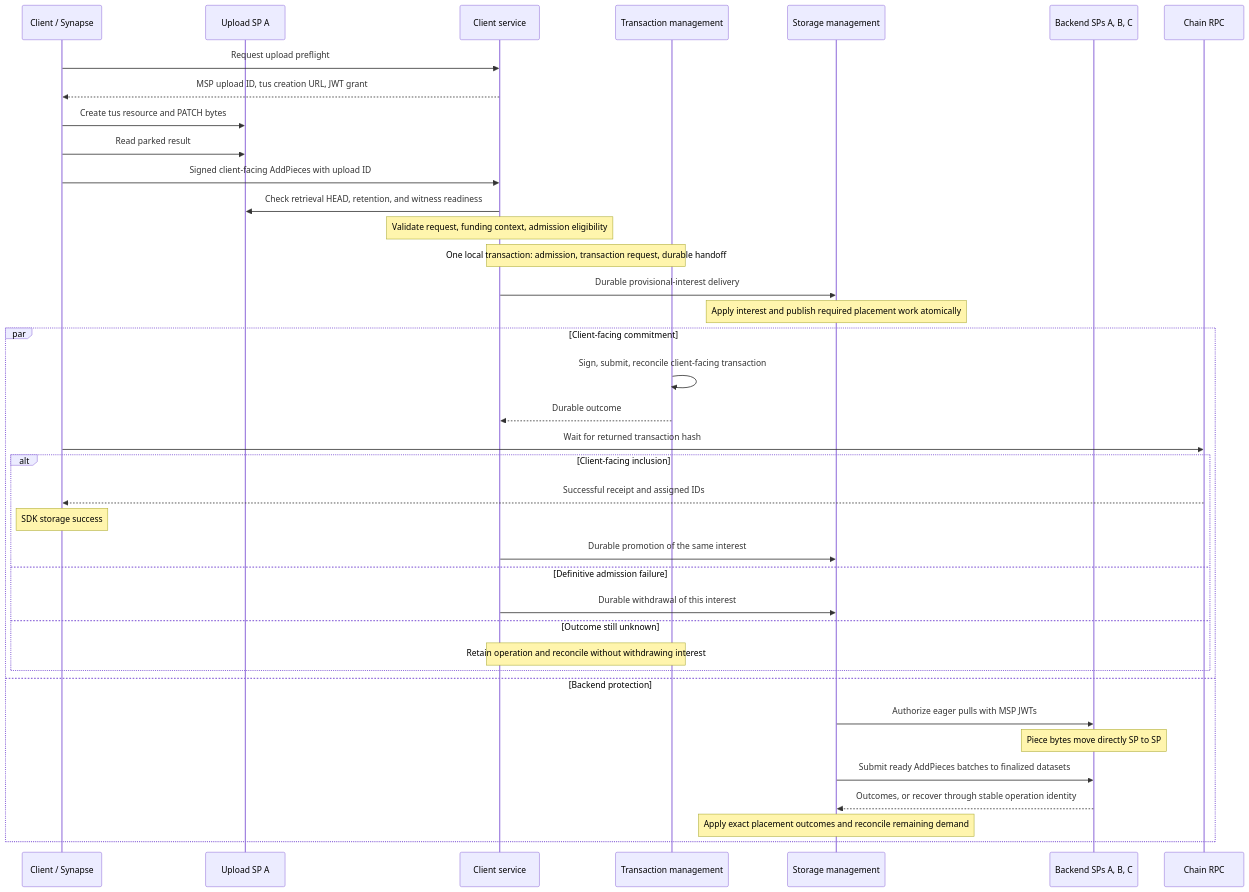
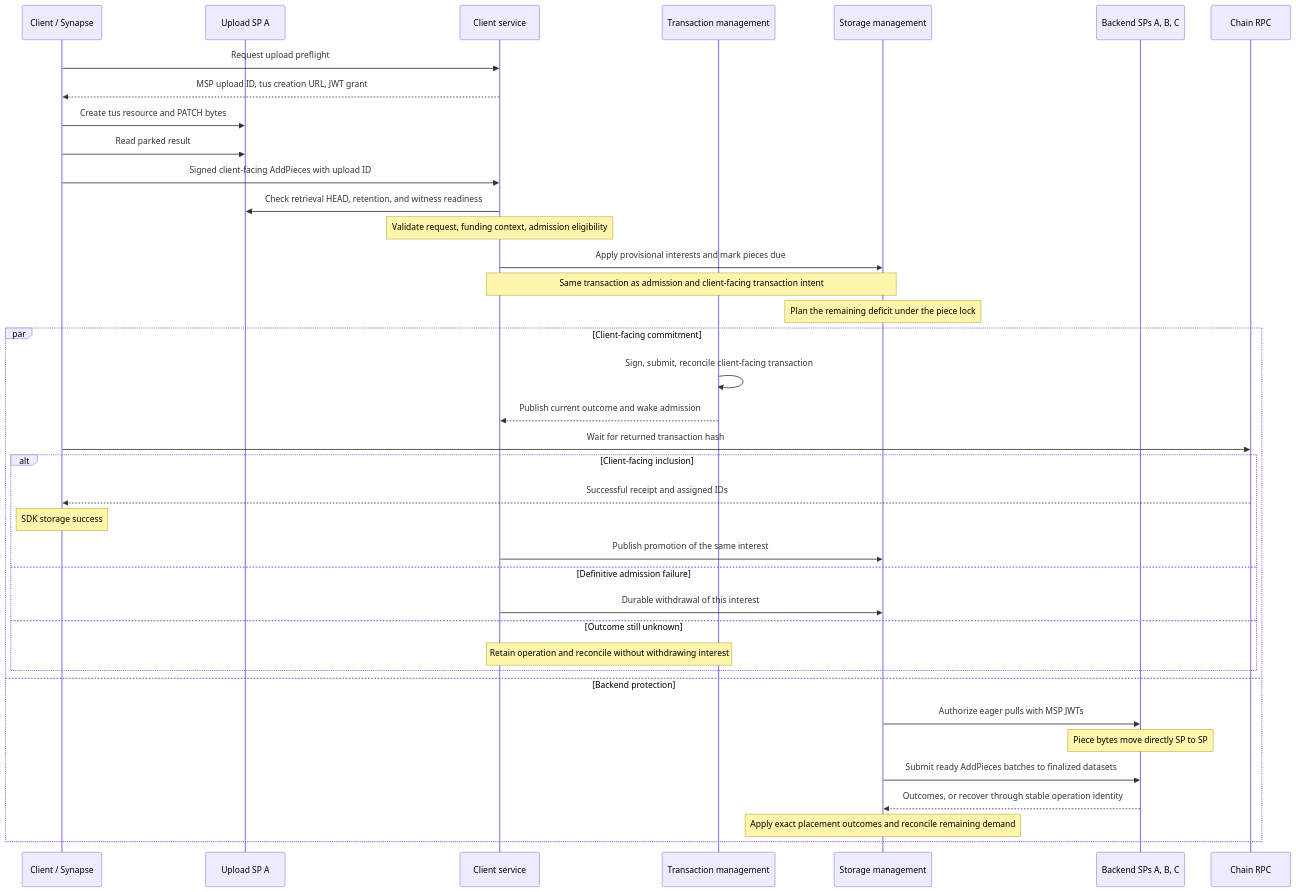
One commit to filecoin-project/rhizome changed the diagram in docs/design/storage-workflows.md. Above: the diagram before and after it, drawn with Mermaid. The commit also changed other lines of this file and 6 other files, not shown here.

````diff
--- a/docs/design/storage-workflows.md
+++ b/docs/design/storage-workflows.md
@@ -17,40 +17,40 @@
 ```mermaid
 sequenceDiagram
     participant C as Client / Synapse
     participant A as Upload SP A
     participant CS as Client service
     participant TM as Transaction management
     participant SM as Storage management
     participant SP as Backend SPs A, B, C
     participant Chain as Chain RPC
     C->>CS: Request upload preflight
     CS-->>C: MSP upload ID, tus creation URL, JWT grant
     C->>A: Create tus resource and PATCH bytes
     C->>A: Read parked result
     C->>CS: Signed client-facing AddPieces with upload ID
     CS->>A: Check retrieval HEAD, retention, and witness readiness
     Note over CS: Validate request, funding context, admission eligibility
-    Note over CS,TM: One local transaction: admission, transaction request, durable handoff
-    CS->>SM: Durable provisional-interest delivery
-    Note over SM: Apply interest and publish required placement work atomically
+    CS->>SM: Apply provisional interests and mark pieces due
+    Note over CS,SM: Same transaction as admission and client-facing transaction intent
+    Note over SM: Plan the remaining deficit under the piece lock
     par Client-facing commitment
         TM->>TM: Sign, submit, reconcile client-facing transaction
-        TM-->>CS: Durable outcome
+        TM-->>CS: Publish current outcome and wake admission
         C->>Chain: Wait for returned transaction hash
         alt Client-facing inclusion
             Chain-->>C: Successful receipt and assigned IDs
             Note over C: SDK storage success
-            CS->>SM: Durable promotion of the same interest
+            CS->>SM: Publish promotion of the same interest
         else Definitive admission failure
             CS->>SM: Durable withdrawal of this interest
         else Outcome still unknown
             Note over CS,TM: Retain operation and reconcile without withdrawing interest
         end
     and Backend protection
         SM->>SP: Authorize eager pulls with MSP JWTs
         Note over SP: Piece bytes move directly SP to SP
         SM->>SP: Submit ready AddPieces batches to finalized datasets
         SP-->>SM: Outcomes, or recover through stable operation identity
         Note over SM: Apply exact placement outcomes and reconcile remaining demand
     end
 ```
````
